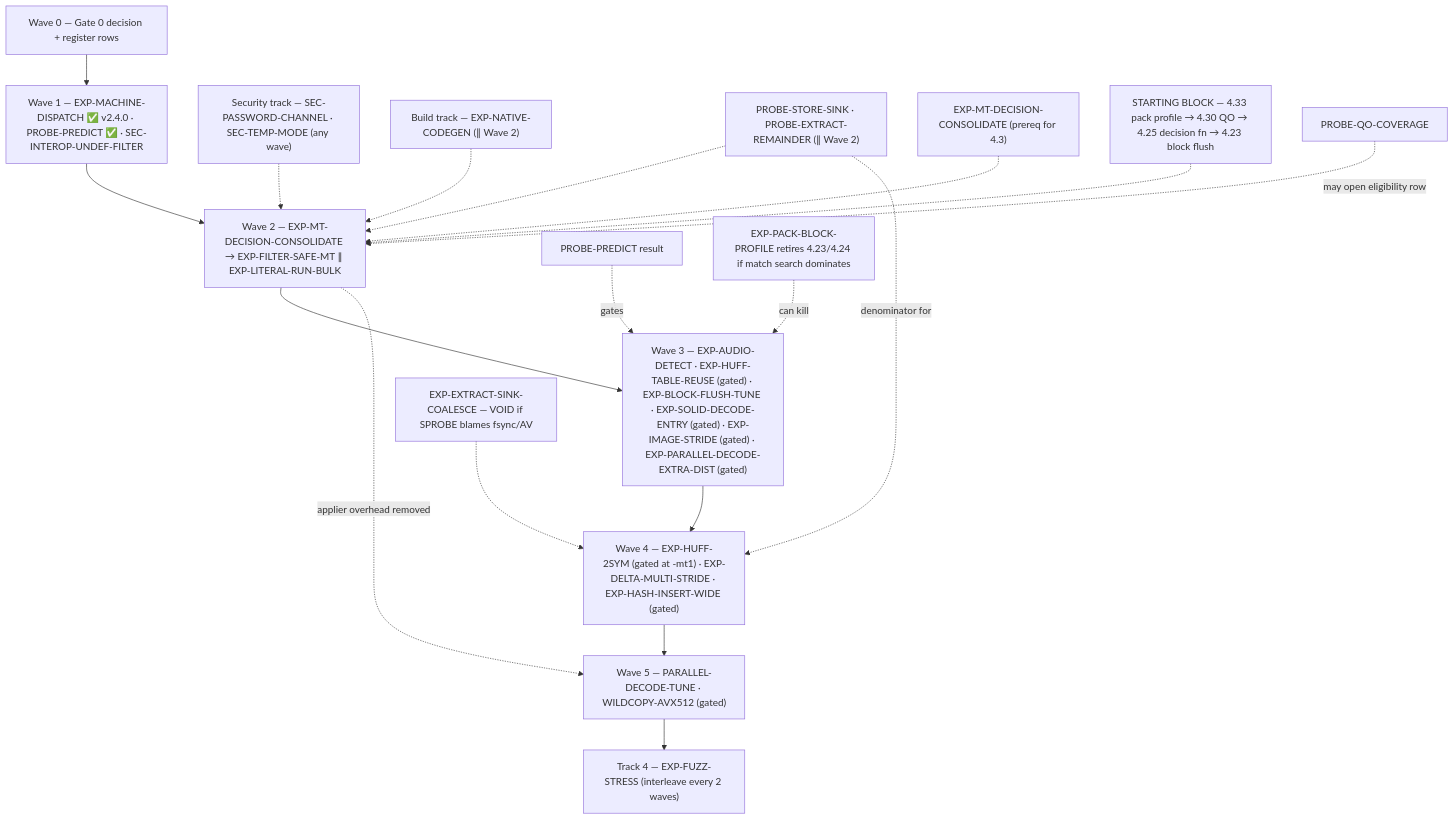
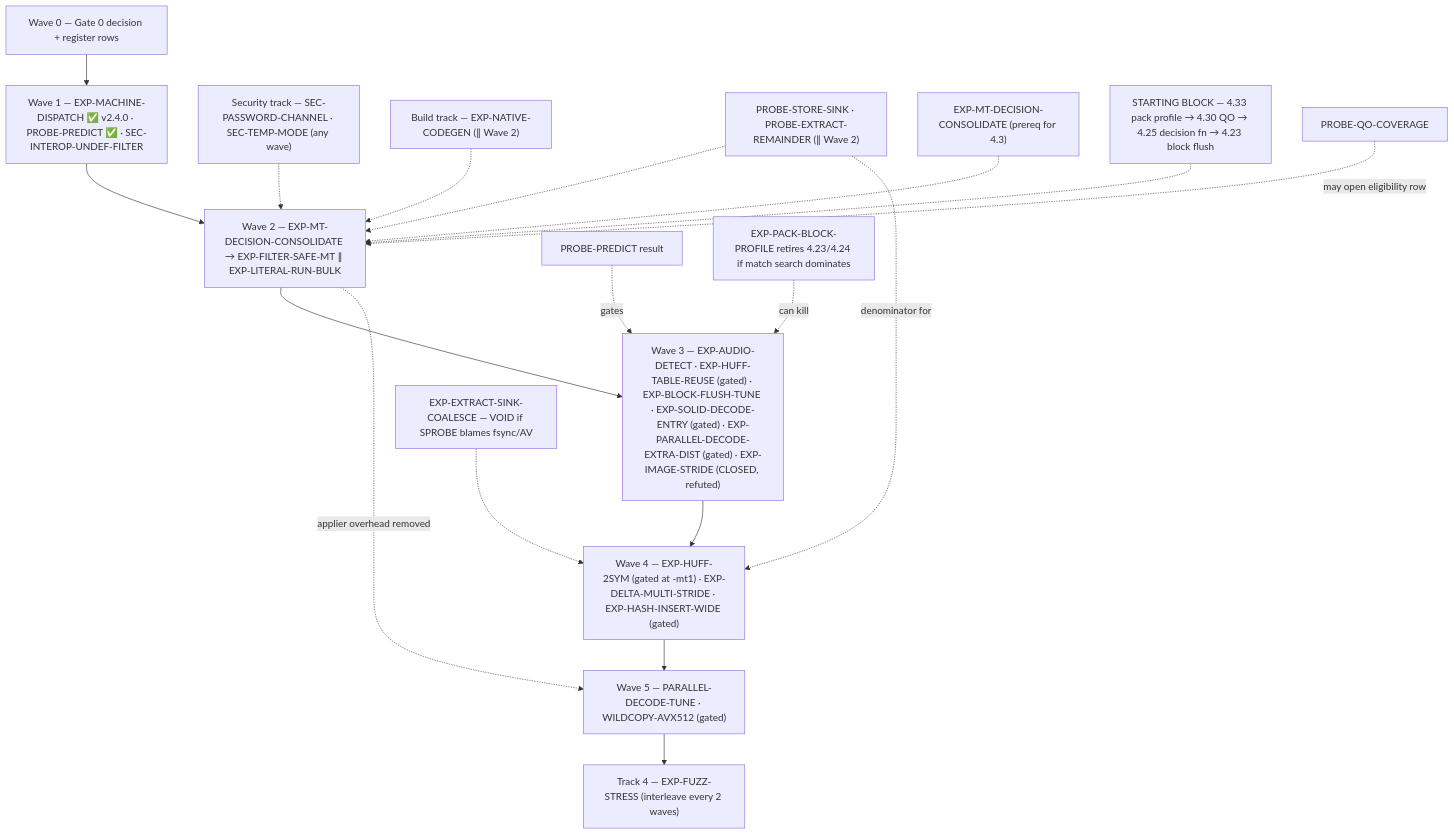
One commit to geometric-dev/openrar changed the diagram in docs/experimentation-roadmap.md. Above: the diagram before and after it, drawn with Mermaid. The commit also changed other lines of this file, not shown here.

First line of the commit message:
docs(roadmap): propagate EXP-IMAGE-STRIDE closure to every index entry

````diff
--- a/docs/experimentation-roadmap.md
+++ b/docs/experimentation-roadmap.md
@@ -812,21 +812,21 @@
 ```mermaid
 graph TD
     W0["Wave 0 — Gate 0 decision + register rows"] --> W1
     W1["Wave 1 — EXP-MACHINE-DISPATCH ✅ v2.4.0 · PROBE-PREDICT ✅ · SEC-INTEROP-UNDEF-FILTER"] --> W2
     SEC["Security track — SEC-PASSWORD-CHANNEL · SEC-TEMP-MODE (any wave)"] -.-> W2
     BUILD["Build track — EXP-NATIVE-CODEGEN (∥ Wave 2)"] -.-> W2
     SPROBE["PROBE-STORE-SINK · PROBE-EXTRACT-REMAINDER (∥ Wave 2)"] -.-> W2
     CONSOL["EXP-MT-DECISION-CONSOLIDATE (prereq for 4.3)"] -.-> W2
     BLOCK["STARTING BLOCK — 4.33 pack profile → 4.30 QO → 4.25 decision fn → 4.23 block flush"] -.-> W2
     W2["Wave 2 — EXP-MT-DECISION-CONSOLIDATE → EXP-FILTER-SAFE-MT ∥ EXP-LITERAL-RUN-BULK"] --> W3
-    W3["Wave 3 — EXP-AUDIO-DETECT · EXP-HUFF-TABLE-REUSE (gated) · EXP-BLOCK-FLUSH-TUNE · EXP-SOLID-DECODE-ENTRY (gated) · EXP-IMAGE-STRIDE (gated) · EXP-PARALLEL-DECODE-EXTRA-DIST (gated)"] --> W4
+    W3["Wave 3 — EXP-AUDIO-DETECT · EXP-HUFF-TABLE-REUSE (gated) · EXP-BLOCK-FLUSH-TUNE · EXP-SOLID-DECODE-ENTRY (gated) · EXP-PARALLEL-DECODE-EXTRA-DIST (gated) · EXP-IMAGE-STRIDE (CLOSED, refuted)"] --> W4
     W4["Wave 4 — EXP-HUFF-2SYM (gated at -mt1) · EXP-DELTA-MULTI-STRIDE · EXP-HASH-INSERT-WIDE (gated)"] --> W5
     W5["Wave 5 — PARALLEL-DECODE-TUNE · WILDCOPY-AVX512 (gated)"] --> W6
     W6["Track 4 — EXP-FUZZ-STRESS (interleave every 2 waves)"]
     PROBE["PROBE-PREDICT result"] -.->|gates| W3
     W2 -.->|applier overhead removed| W5
     SPROBE -.->|denominator for| W4
     COALESCE["EXP-EXTRACT-SINK-COALESCE — VOID if SPROBE blames fsync/AV"] -.-> W4
     PPROF["EXP-PACK-BLOCK-PROFILE retires 4.23/4.24 if match search dominates"] -.->|can kill| W3
     QO["PROBE-QO-COVERAGE"] -.->|may open eligibility row| W2
 ```
````
